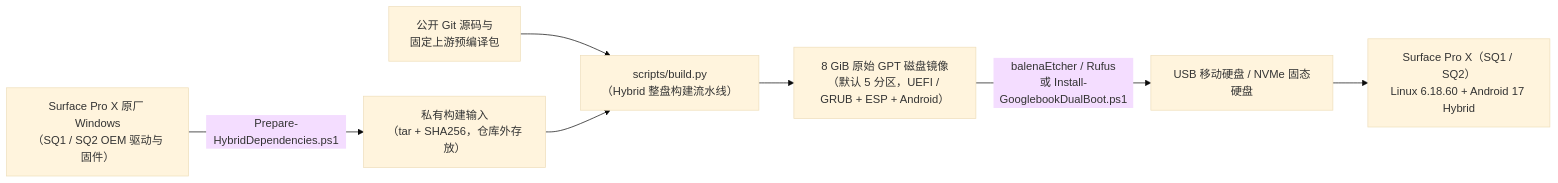
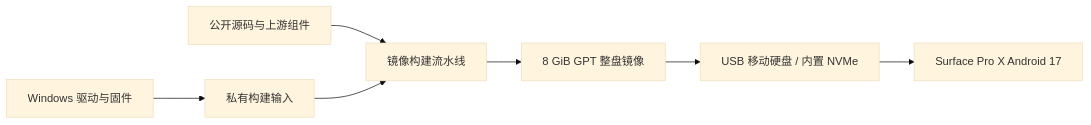
The diagram in README.zh-CN.md (lhf1a/googlebookos_surface_pro_x), drawn with Mermaid (base theme) before and after one commit. The commit also changed other lines of this file and 34 other files, not shown here.

````diff
--- a/README.zh-CN.md
+++ b/README.zh-CN.md
@@ -57,9 +51,9 @@
 ```mermaid
 flowchart LR
-    A["Surface Pro X 原厂 Windows<br/>（SQ1 / SQ2 OEM 驱动与固件）"] -->|Prepare-HybridDependencies.ps1| B["私有构建输入<br/>（tar + SHA256，仓库外存放）"]
-    C["公开 Git 源码与<br/>固定上游预编译包"] --> D["scripts/build.py<br/>（Hybrid 整盘构建流水线）"]
+    A["Windows 驱动与固件"] --> B["私有构建输入"]
+    C["公开源码与上游组件"] --> D["镜像构建流水线"]
     B --> D
-    D --> E["8 GiB 原始 GPT 磁盘镜像<br/>（默认 5 分区，UEFI / GRUB + ESP + Android）"]
-    E -->|balenaEtcher / Rufus<br/>或 Install-GooglebookDualBoot.ps1| F["USB 移动硬盘 / NVMe 固态硬盘"]
-    F --> G["Surface Pro X（SQ1 / SQ2）<br/>Linux 6.18.60 + Android 17 Hybrid"]
+    D --> E["8 GiB GPT 整盘镜像"]
+    E --> F["USB 移动硬盘 / 内置 NVMe"]
+    F --> G["Surface Pro X Android 17"]
 ```
````
